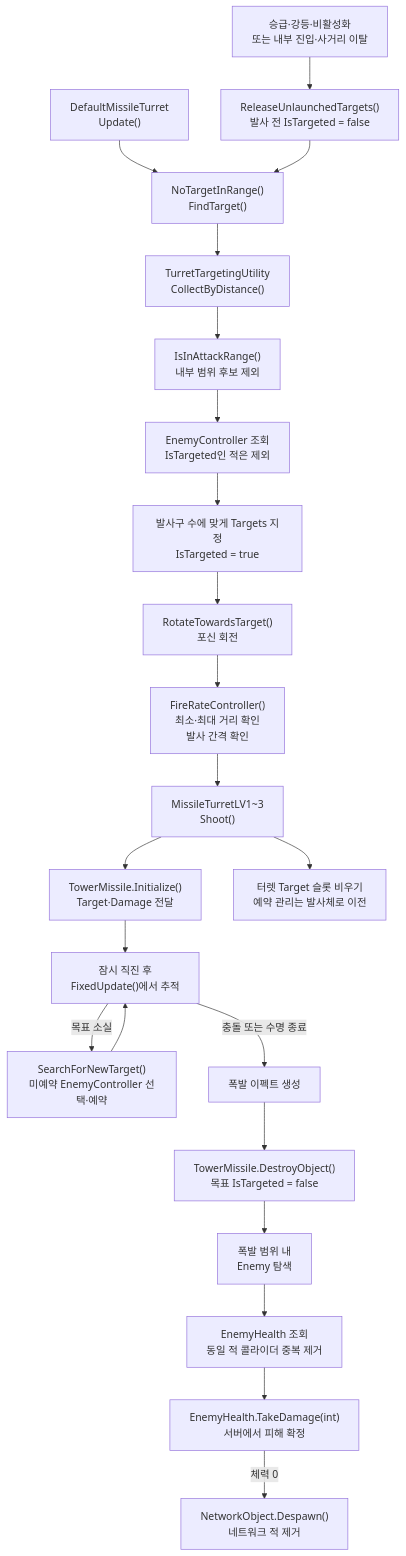
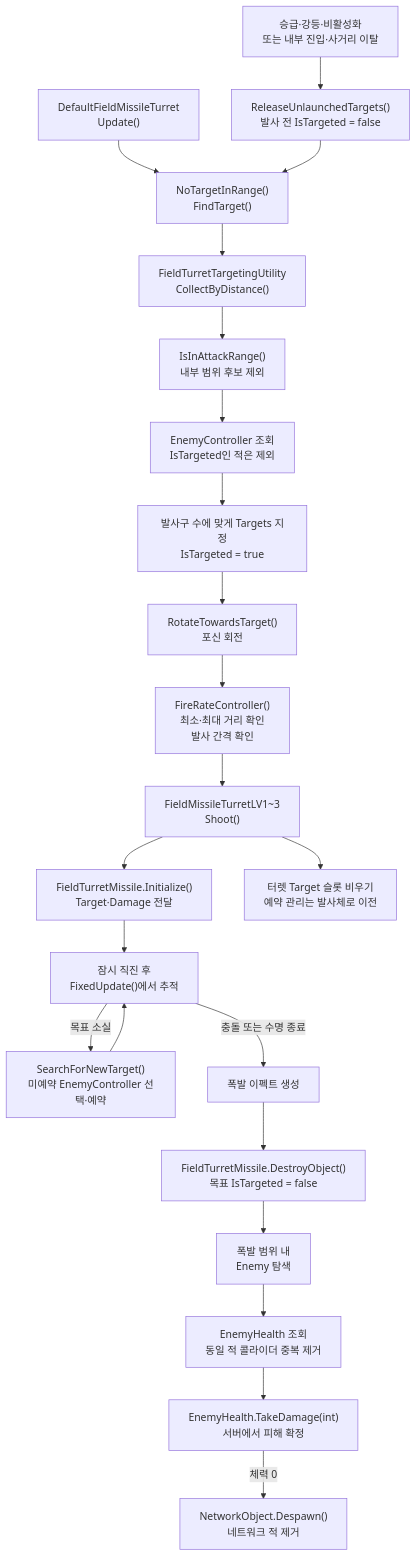
Before and after one commit to Team-HJD-21/team-hjd-docs: the ninth of 16 diagrams in docs/projects/the-developer/turret/runtime-flows.md, drawn with Mermaid. The commit also changed other lines of this file and 13 other files, not shown here.

Commit message:
docs: sync FieldTurret APIs from main

````diff
--- a/docs/projects/the-developer/turret/runtime-flows.md
+++ b/docs/projects/the-developer/turret/runtime-flows.md
@@ -423,24 +423,24 @@
 ```mermaid
 flowchart TD
-    Update["DefaultMissileTurret<br>Update()"] --> Search["NoTargetInRange()<br>FindTarget()"]
-    Search --> Collect["TurretTargetingUtility<br>CollectByDistance()"]
+    Update["DefaultFieldMissileTurret<br>Update()"] --> Search["NoTargetInRange()<br>FindTarget()"]
+    Search --> Collect["FieldTurretTargetingUtility<br>CollectByDistance()"]
     Collect --> RangeCheck["IsInAttackRange()<br>내부 범위 후보 제외"]
     RangeCheck --> Filter["EnemyController 조회<br>IsTargeted인 적은 제외"]
     Filter --> Targets["발사구 수에 맞게 Targets 지정<br>IsTargeted = true"]
     Targets --> Rotate["RotateTowardsTarget()<br>포신 회전"]
     Rotate --> Fire["FireRateController()<br>최소·최대 거리 확인<br>발사 간격 확인"]
-    Fire --> Shoot["MissileTurretLV1~3<br>Shoot()"]
-    Shoot --> Init["TowerMissile.Initialize()<br>Target·Damage 전달"]
+    Fire --> Shoot["FieldMissileTurretLV1~3<br>Shoot()"]
+    Shoot --> Init["FieldTurretMissile.Initialize()<br>Target·Damage 전달"]
     Shoot --> Transfer["터렛 Target 슬롯 비우기<br>예약 관리는 발사체로 이전"]
     Change["승급·강등·비활성화<br>또는 내부 진입·사거리 이탈"] --> Release["ReleaseUnlaunchedTargets()<br>발사 전 IsTargeted = false"]
     Release --> Search
     Init --> Straight["잠시 직진 후<br>FixedUpdate()에서 추적"]
     Straight -->|목표 소실| Retarget["SearchForNewTarget()<br>미예약 EnemyController 선택·예약"]
     Retarget --> Straight
     Straight -->|충돌 또는 수명 종료| Explosion["폭발 이펙트 생성"]
-    Explosion --> Unreserve["TowerMissile.DestroyObject()<br>목표 IsTargeted = false"]
+    Explosion --> Unreserve["FieldTurretMissile.DestroyObject()<br>목표 IsTargeted = false"]
     Unreserve --> Area["폭발 범위 내<br>Enemy 탐색"]
     Area --> Health["EnemyHealth 조회<br>동일 적 콜라이더 중복 제거"]
     Health --> Damage["EnemyHealth.TakeDamage(int)<br>서버에서 피해 확정"]
     Damage -->|체력 0| Die["NetworkObject.Despawn()<br>네트워크 적 제거"]
 ```
````
